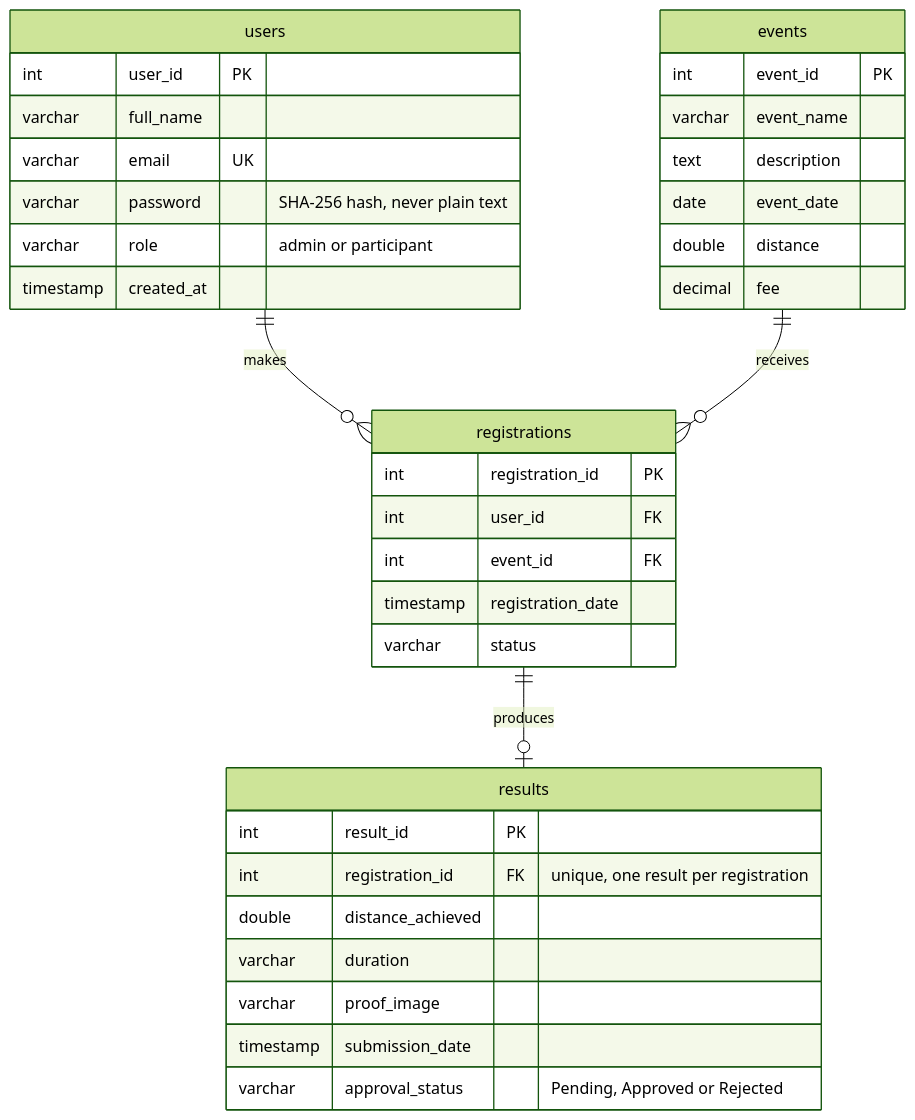
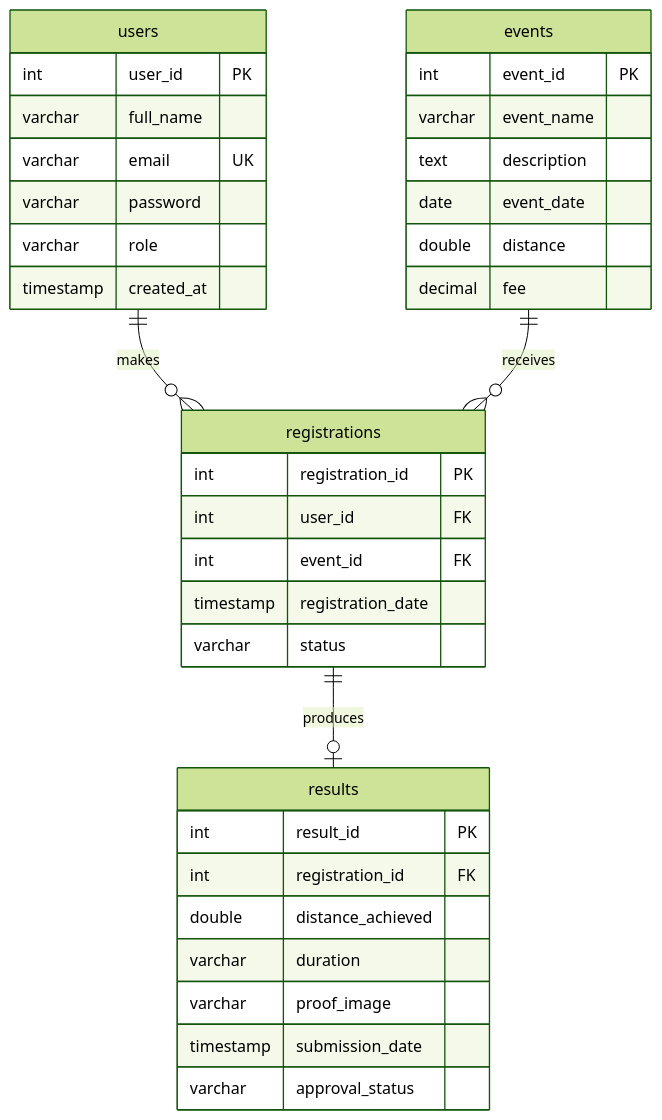
One commit to 2024600078-eng/Uni-Run-Marathon-Virtual-Run-Coordinator changed the diagram in README.md. Above: the diagram before and after it, drawn with Mermaid (forest theme). The commit also changed other lines of this file, not shown here.

First line of the commit message:
Fix the ER diagram so GitHub can render it

````diff
--- a/README.md
+++ b/README.md
@@ -61,42 +61,42 @@
 ```mermaid
 erDiagram
-    users ||--o{ registrations : "makes"
-    events ||--o{ registrations : "receives"
-    registrations ||--o| results : "produces"
+    users ||--o{ registrations : makes
+    events ||--o{ registrations : receives
+    registrations ||--o| results : produces
 
     users {
         int user_id PK
         varchar full_name
         varchar email UK
-        varchar password "SHA-256 hash, never plain text"
-        varchar role "admin or participant"
+        varchar password
+        varchar role
         timestamp created_at
     }
 
     events {
         int event_id PK
         varchar event_name
         text description
         date event_date
         double distance
         decimal fee
     }
 
     registrations {
         int registration_id PK
         int user_id FK
         int event_id FK
         timestamp registration_date
         varchar status
     }
 
     results {
         int result_id PK
-        int registration_id FK "unique, one result per registration"
+        int registration_id FK
         double distance_achieved
         varchar duration
         varchar proof_image
         timestamp submission_date
-        varchar approval_status "Pending, Approved or Rejected"
+        varchar approval_status
     }
 ```
````
